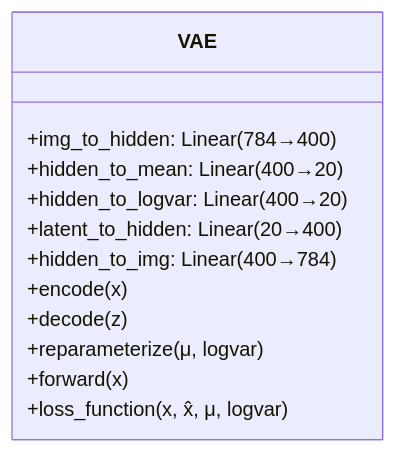
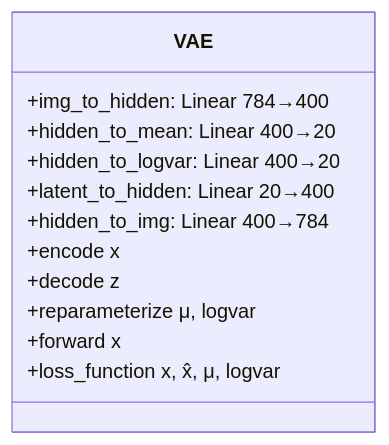
One commit to sbeeredd04/sandbox changed the third of 12 diagrams in VAE/README.md. Above: the diagram before and after it, drawn with Mermaid. The commit also changed other lines of this file, not shown here.

First line of the commit message:
docs(VAE): Refactor equations and diagrams

````diff
--- a/VAE/README.md
+++ b/VAE/README.md
@@ -173,15 +173,15 @@
 ```mermaid
 classDiagram
     class VAE {
-        +img_to_hidden: Linear(784→400)
-        +hidden_to_mean: Linear(400→20)
-        +hidden_to_logvar: Linear(400→20)
-        +latent_to_hidden: Linear(20→400)
-        +hidden_to_img: Linear(400→784)
-        +encode(x)
-        +decode(z)
-        +reparameterize(μ, logvar)
-        +forward(x)
-        +loss_function(x, x̂, μ, logvar)
+        +img_to_hidden: Linear 784→400
+        +hidden_to_mean: Linear 400→20
+        +hidden_to_logvar: Linear 400→20
+        +latent_to_hidden: Linear 20→400
+        +hidden_to_img: Linear 400→784
+        +encode x
+        +decode z
+        +reparameterize μ, logvar
+        +forward x
+        +loss_function x, x̂, μ, logvar
     }
 ```
````
